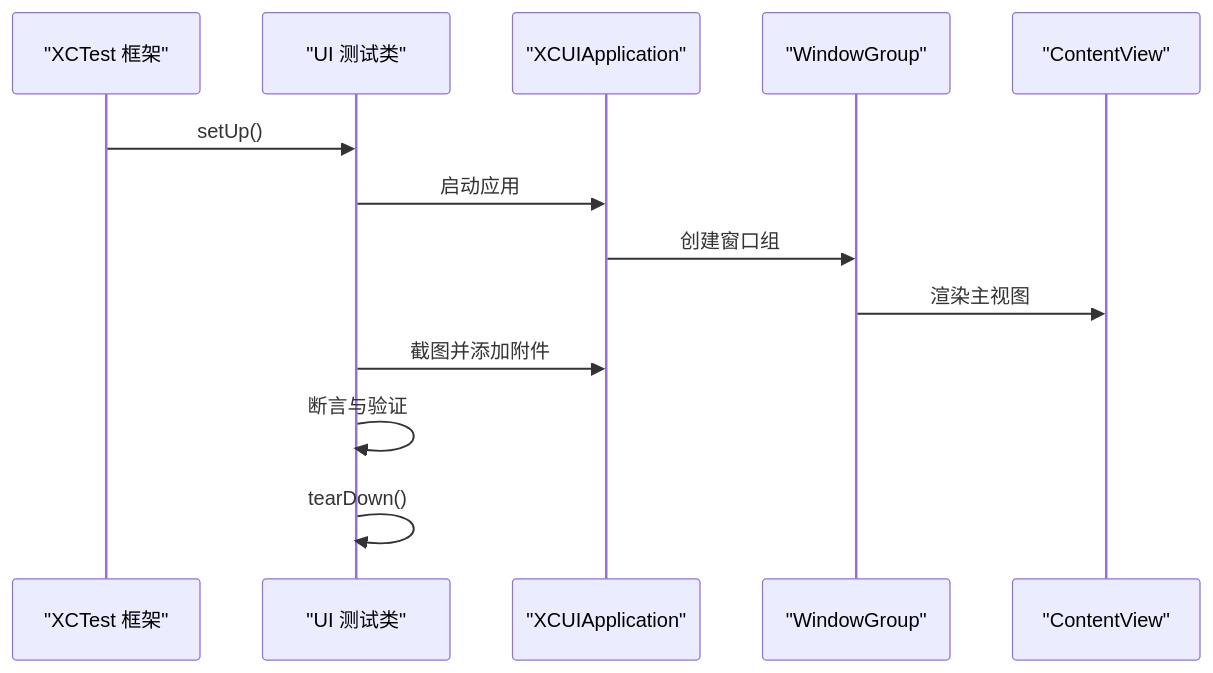
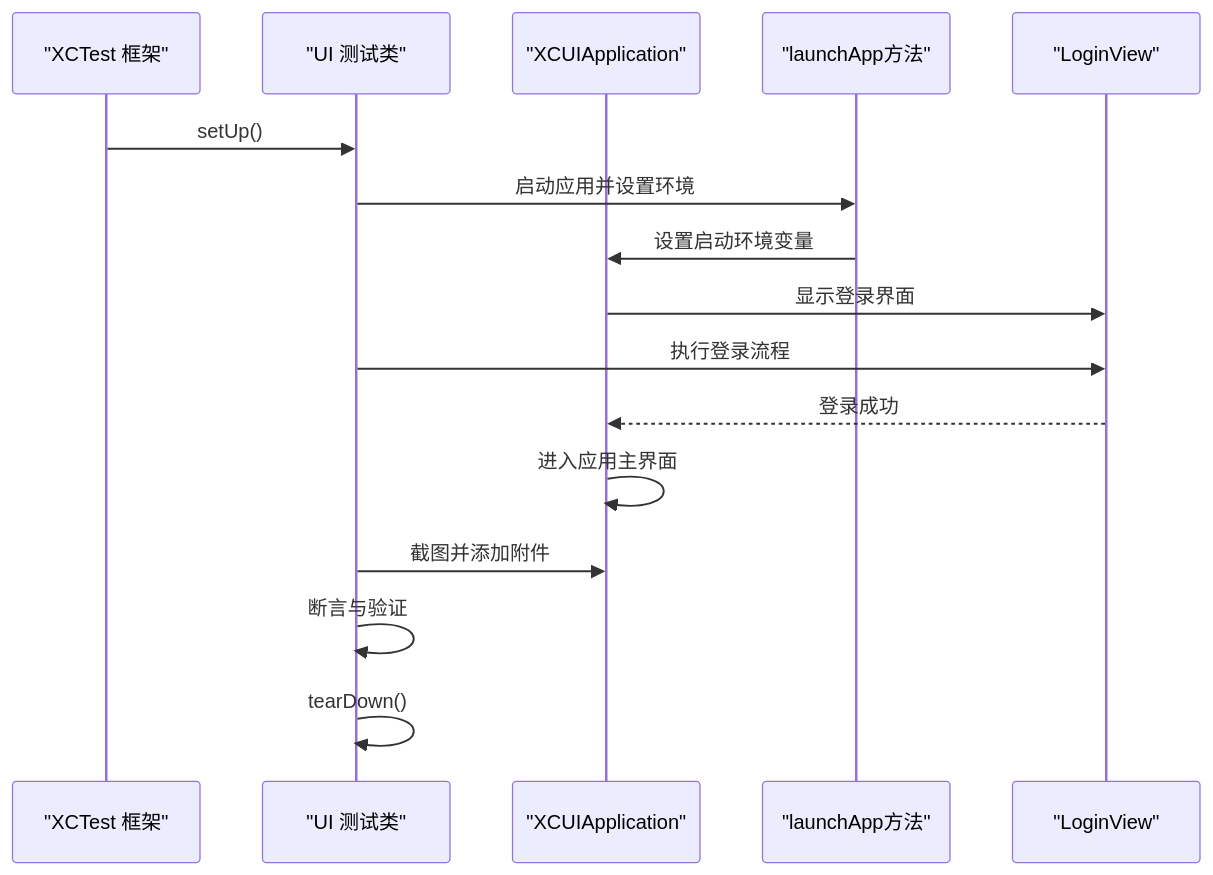
One commit to Jayden23018/blind-run-ios changed the third of 5 diagrams in .qoder/repowiki/zh/content/测试策略/UI 自动化测试.md. Above: the diagram before and after it, drawn with Mermaid. The commit also changed other lines of this file and 15 other files, not shown here.

````diff
--- a/.qoder/repowiki/zh/content/测试策略/UI 自动化测试.md
+++ b/.qoder/repowiki/zh/content/测试策略/UI 自动化测试.md
@@ -131,15 +143,18 @@
 ```mermaid
 sequenceDiagram
 participant XCU as "XCTest 框架"
 participant UIT as "UI 测试类"
 participant APP as "XCUIApplication"
-participant WIN as "WindowGroup"
-participant VIEW as "ContentView"
+participant LAUNCH as "launchApp方法"
+participant LOGIN as "LoginView"
 XCU->>UIT : setUp()
-UIT->>APP : 启动应用
-APP->>WIN : 创建窗口组
-WIN->>VIEW : 渲染主视图
+UIT->>LAUNCH : 启动应用并设置环境
+LAUNCH->>APP : 设置启动环境变量
+APP->>LOGIN : 显示登录界面
+UIT->>LOGIN : 执行登录流程
+LOGIN-->>APP : 登录成功
+APP->>APP : 进入应用主界面
 UIT->>APP : 截图并添加附件
 UIT->>UIT : 断言与验证
 UIT->>UIT : tearDown()
 ```
````
